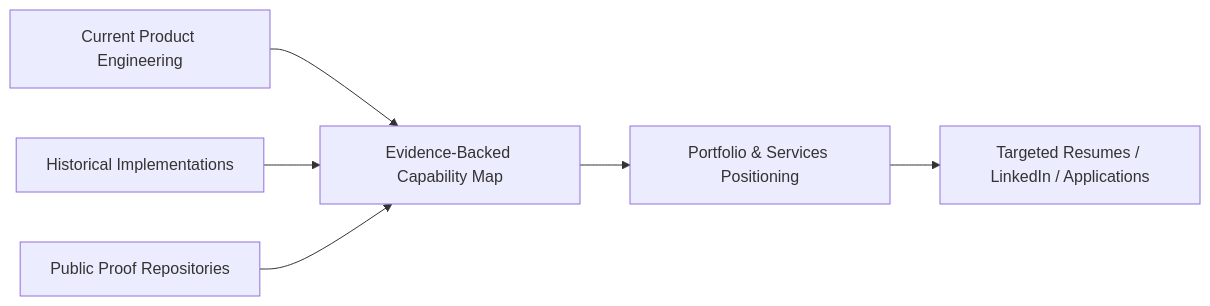
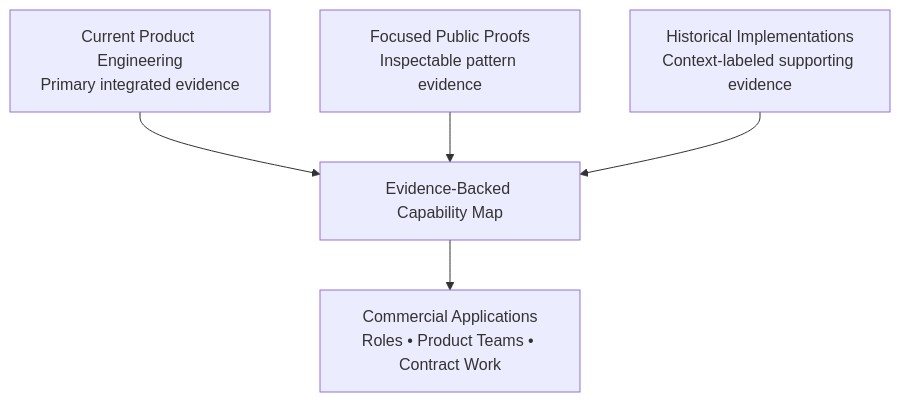
The fifth of 5 diagrams in README.md (vantablade-ai/engineering-portfolio), drawn with Mermaid before and after one commit. The commit also changed other lines of this file and 4 other files, not shown here.

Commit message:
Reframe portfolio around VantaBlade product systems

````diff
--- a/README.md
+++ b/README.md
@@ -528,14 +389,10 @@
 ```mermaid
-flowchart LR
-    A["Current Product Engineering"]
-    --> D["Evidence-Backed Capability Map"]
-
-    B["Historical Implementations"]
-    --> D
-
-    C["Public Proof Repositories"]
-    --> D
-
-    D --> E["Portfolio & Services Positioning"]
-    E --> F["Targeted Resumes / LinkedIn / Applications"]
+flowchart TD
+    A["Current Product Engineering<br/>Primary integrated evidence"]
+    B["Focused Public Proofs<br/>Inspectable pattern evidence"]
+    C["Historical Implementations<br/>Context-labeled supporting evidence"]
+    A --> D["Evidence-Backed Capability Map"]
+    B --> D
+    C --> D
+    D --> E["Commercial Applications<br/>Roles • Product Teams • Contract Work"]
 ```
````
